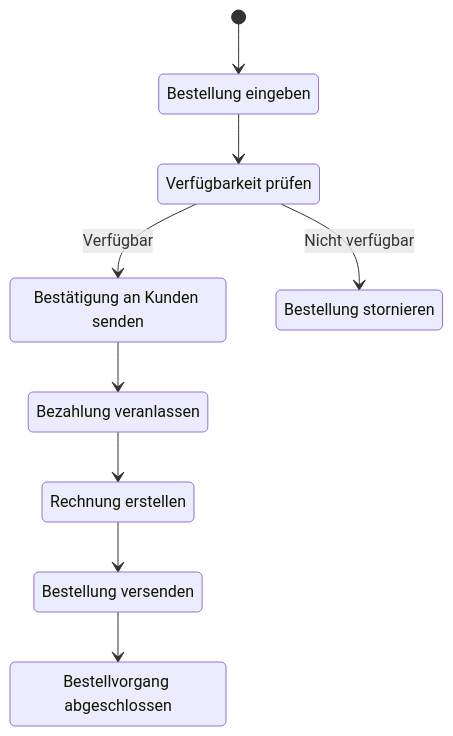
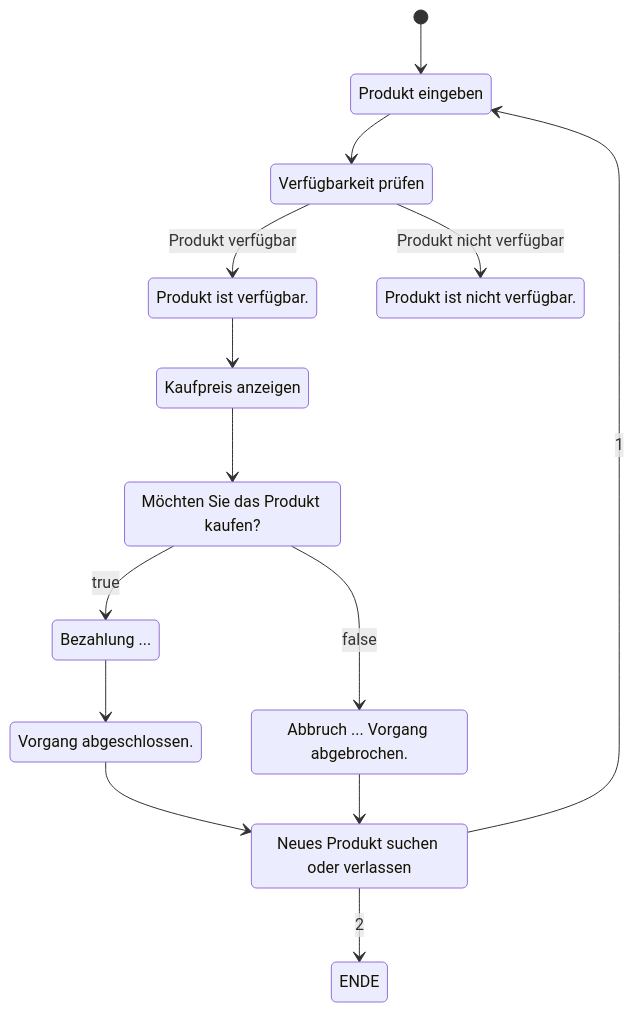
The third of 5 diagrams in scr/exercises/Programmieren1/SampleExam/ReadMe.md (wielandjan/java_helloWorld_1), drawn with Mermaid before and after one commit. The commit also changed other lines of this file and 2 other files, not shown here.

````diff
--- a/scr/exercises/Programmieren1/SampleExam/ReadMe.md
+++ b/scr/exercises/Programmieren1/SampleExam/ReadMe.md
@@ -108,20 +108,28 @@
 ```mermaid
 stateDiagram-v2
-    state "Bestellung eingeben" as state1
+    state "Produkt eingeben" as state1
     state "Verfügbarkeit prüfen" as state2
-    state "Bestätigung an Kunden senden" as state3
-    state "Bestellung stornieren" as state4
-    state "Bezahlung veranlassen" as state5
-    state "Rechnung erstellen" as state6
-    state "Bestellung versenden" as state7
-    state "Bestellvorgang abgeschlossen" as state8
+    state "Produkt ist verfügbar." as state3
+    state "Kaufpreis anzeigen" as state4
+    state "Möchten Sie das Produkt kaufen?" as state5
+    state "Bezahlung ..." as state6
+    state "Vorgang abgeschlossen." as state7
+    state "Produkt ist nicht verfügbar." as state8
+    state "Abbruch ... Vorgang abgebrochen." as state9
+    state "Neues Produkt suchen oder verlassen" as state10
+    state "ENDE" as state11
 
     [*] --> state1
     state1 --> state2
-    state2 --> state3: Verfügbar
-    state2 --> state4: Nicht verfügbar
-    state3 --> state5
-    state5 --> state6
+    state2 --> state3: Produkt verfügbar
+    state2 --> state8: Produkt nicht verfügbar
+    state3 --> state4
+    state4 --> state5
+    state5 --> state6: true
+    state5 --> state9: false
     state6 --> state7
-    state7 --> state8
+    state7 --> state10
+    state9 --> state10
+    state10 --> state1: 1
+    state10 --> state11: 2
 ```
````
